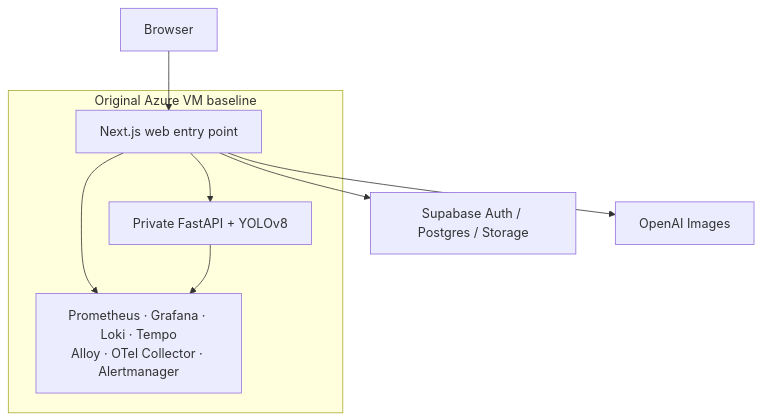
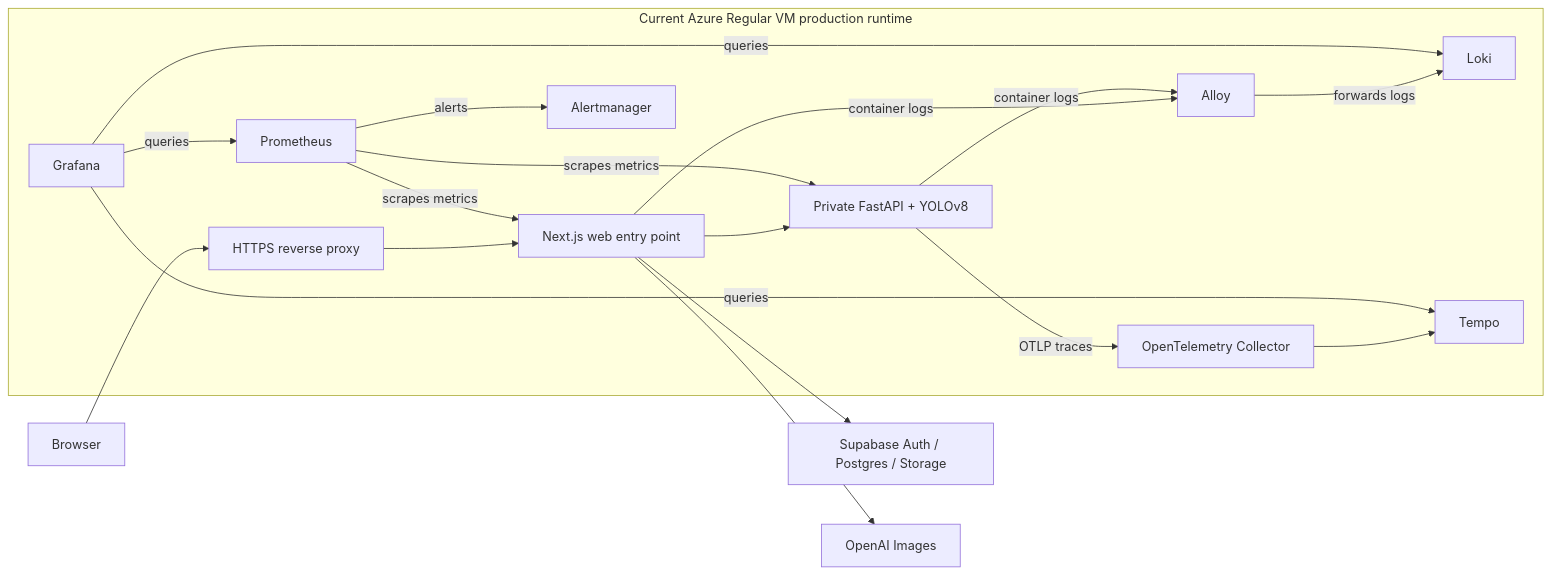
Before and after one commit to hzzcoding/SlowChrome-Showcase: the first of 3 diagrams in docs/technical-case-study.md, drawn with Mermaid. The commit also changed other lines of this file, not shown here.

Commit message:
docs: correct showcase architecture diagrams

````diff
--- a/docs/technical-case-study.md
+++ b/docs/technical-case-study.md
@@ -48,15 +48,24 @@
 ```mermaid
-flowchart TD
-    browser["Browser"] --> web["Next.js web entry point"]
-    web --> api["Private FastAPI + YOLOv8"]
+flowchart LR
+    browser["Browser"] --> proxy["HTTPS reverse proxy"]
+
+    subgraph vm["Current Azure Regular VM production runtime"]
+        proxy --> web["Next.js web entry point"]
+        web --> backend["Private FastAPI + YOLOv8"]
+
+        prom["Prometheus"] -->|scrapes metrics| web
+        prom -->|scrapes metrics| backend
+        web -->|container logs| alloy["Alloy"]
+        backend -->|container logs| alloy
+        alloy -->|forwards logs| loki["Loki"]
+        backend -->|OTLP traces| otel["OpenTelemetry Collector"]
+        otel --> tempo["Tempo"]
+        grafana["Grafana"] -->|queries| prom
+        grafana -->|queries| loki
+        grafana -->|queries| tempo
+        prom -->|alerts| alertmanager["Alertmanager"]
+    end
+
     web --> supabase["Supabase Auth / Postgres / Storage"]
     web --> openai["OpenAI Images"]
-
-    subgraph vm["Original Azure VM baseline"]
-        web
-        api
-        vmobs["Prometheus · Grafana · Loki · Tempo\nAlloy · OTel Collector · Alertmanager"]
-    end
-    web --> vmobs
-    api --> vmobs
 ```
````
